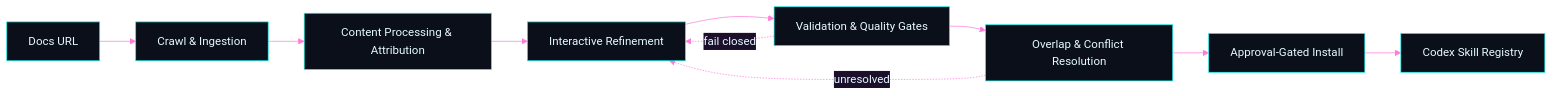
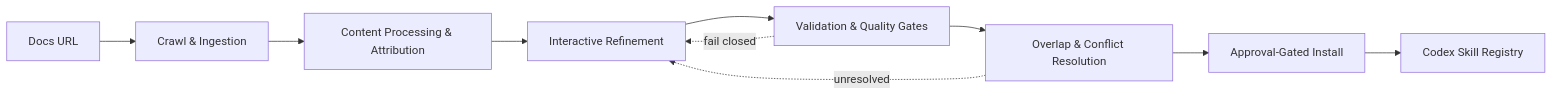
The first of 2 diagrams in README.md (Nickbohm555/skill-cli), drawn with Mermaid before and after one commit. The commit also changed other lines of this file and 1 other file, not shown here.

````diff
--- a/README.md
+++ b/README.md
@@ -42,14 +38,13 @@
 ```mermaid
-%%{init: {"theme": "base", "themeVariables": {"primaryColor": "#0b0f1a", "primaryTextColor": "#e6fbff", "primaryBorderColor": "#15f4ee", "lineColor": "#ff7ad9", "secondaryColor": "#1b0f2b", "tertiaryColor": "#0a1a2f"}}}%%
 flowchart LR
     A[Docs URL] --> B[Crawl & Ingestion]
     B --> C[Content Processing & Attribution]
     C --> D[Interactive Refinement]
     D --> E[Validation & Quality Gates]
     E --> F[Overlap & Conflict Resolution]
     F --> G[Approval-Gated Install]
     G --> H[Codex Skill Registry]
 
     E -. fail closed .-> D
     F -. unresolved .-> D
 ```
````
